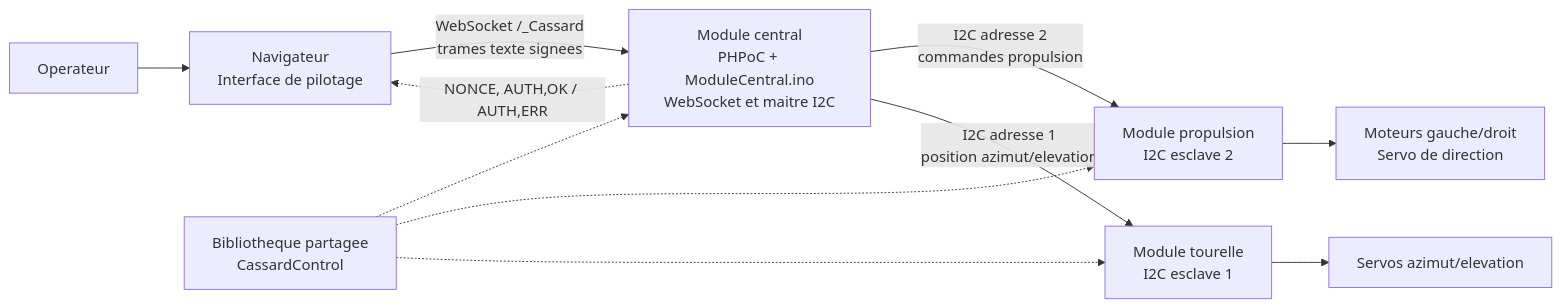
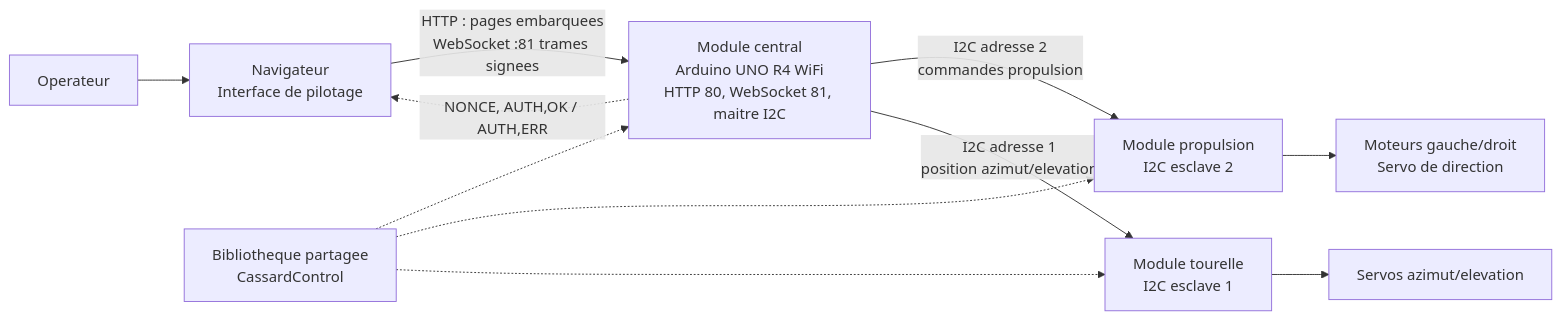
The first of 2 diagrams in Pilotage/docs/architecture.md (denpas/CassardRepository), drawn with Mermaid before and after one commit. The commit also changed other lines of this file and 34 other files, not shown here.

````diff
--- a/Pilotage/docs/architecture.md
+++ b/Pilotage/docs/architecture.md
@@ -5,22 +5,22 @@
 ```mermaid
 flowchart LR
     operator["Operateur"]
     browser["Navigateur<br/>Interface de pilotage"]
-    central["Module central<br/>PHPoC + ModuleCentral.ino<br/>WebSocket et maitre I2C"]
+    central["Module central<br/>Arduino UNO R4 WiFi<br/>HTTP 80, WebSocket 81, maitre I2C"]
     propulsion["Module propulsion<br/>I2C esclave 2"]
     turret["Module tourelle<br/>I2C esclave 1"]
     propulsionActuators["Moteurs gauche/droit<br/>Servo de direction"]
     turretActuators["Servos azimut/elevation"]
     shared["Bibliotheque partagee<br/>CassardControl"]
 
     operator --> browser
-    browser -->|"WebSocket /_Cassard<br/>trames texte signees"| central
+    browser -->|"HTTP : pages embarquees<br/>WebSocket :81 trames signees"| central
     central -.->|"NONCE, AUTH,OK / AUTH,ERR"| browser
     central -->|"I2C adresse 2<br/>commandes propulsion"| propulsion
     central -->|"I2C adresse 1<br/>position azimut/elevation"| turret
     propulsion --> propulsionActuators
     turret --> turretActuators
     shared -.-> central
     shared -.-> propulsion
     shared -.-> turret
 ```
````
